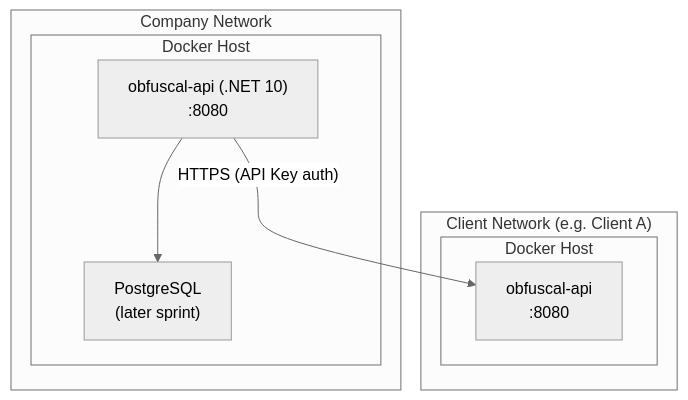
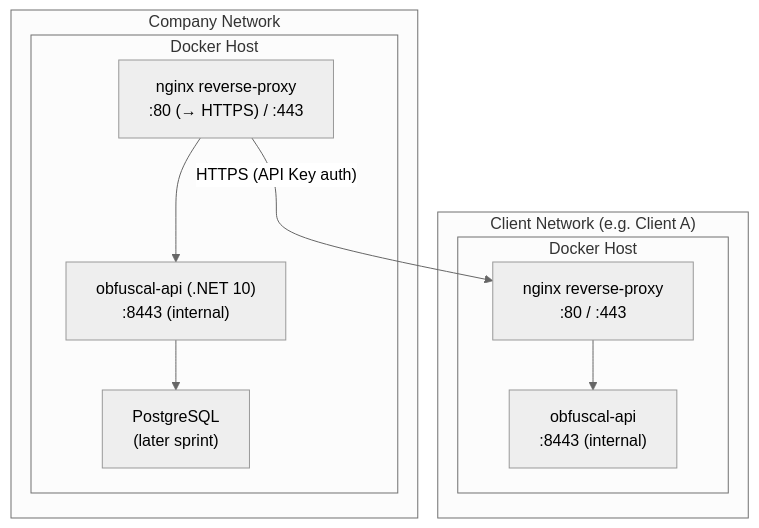
One commit to InfSupStageMG/ObfusCal changed the diagram in docs/07-deployment-view.md. Above: the diagram before and after it, drawn with Mermaid (neutral theme). The commit also changed other lines of this file and 11 other files, not shown here.

Commit message:
feat(proxy): Added Nginx reverse proxy to allow for https

````diff
--- a/docs/07-deployment-view.md
+++ b/docs/07-deployment-view.md
@@ -8,22 +8,26 @@
 ```mermaid
 flowchart TB
 
 %% Company Network
 subgraph CN["Company Network"]
     subgraph DH1["Docker Host"]
-        API1["obfuscal-api (.NET 10)\n:8080"]
+        NGINX1["nginx reverse-proxy\n:80 (→ HTTPS) / :443"]
+        API1["obfuscal-api (.NET 10)\n:8443 (internal)"]
         DB["PostgreSQL\n(later sprint)"]
+        NGINX1 --> API1
         API1 --> DB
     end
 end
 
 %% Client Network
 subgraph CL["Client Network (e.g. Client A)"]
     subgraph DH2["Docker Host"]
-        API2["obfuscal-api\n:8080"]
+        NGINX2["nginx reverse-proxy\n:80 / :443"]
+        API2["obfuscal-api\n:8443 (internal)"]
+        NGINX2 --> API2
     end
 end
 
 %% Connection
-API1 -- "HTTPS (API Key auth)" --> API2
+NGINX1 -- "HTTPS (API Key auth)" --> NGINX2
 ```
````
